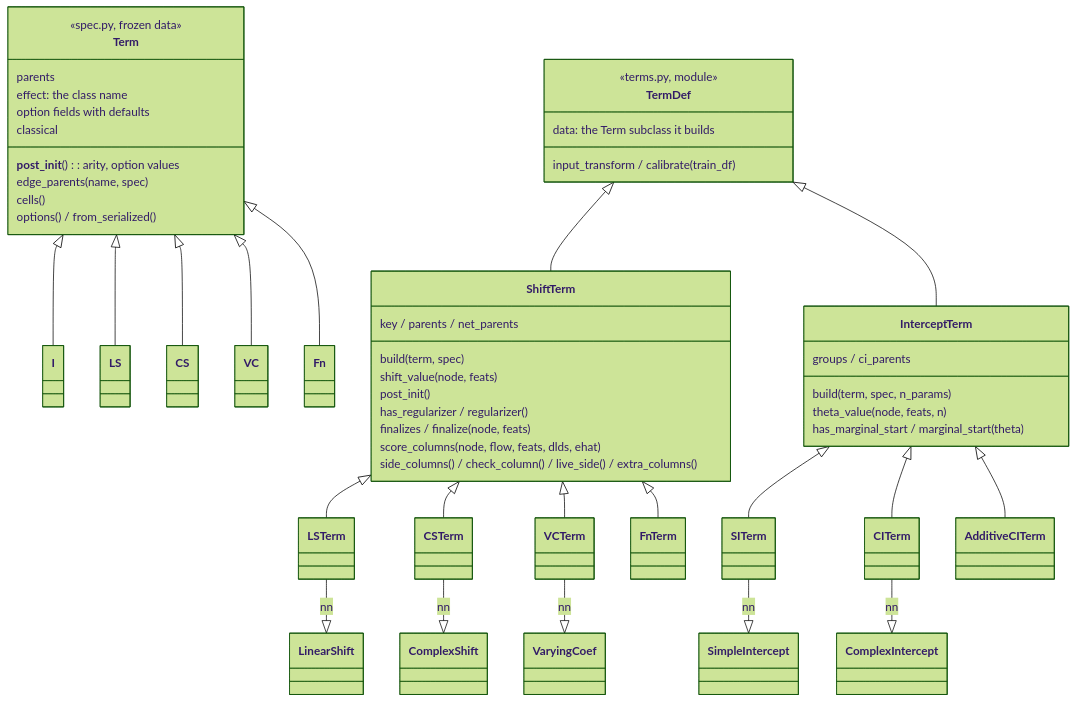
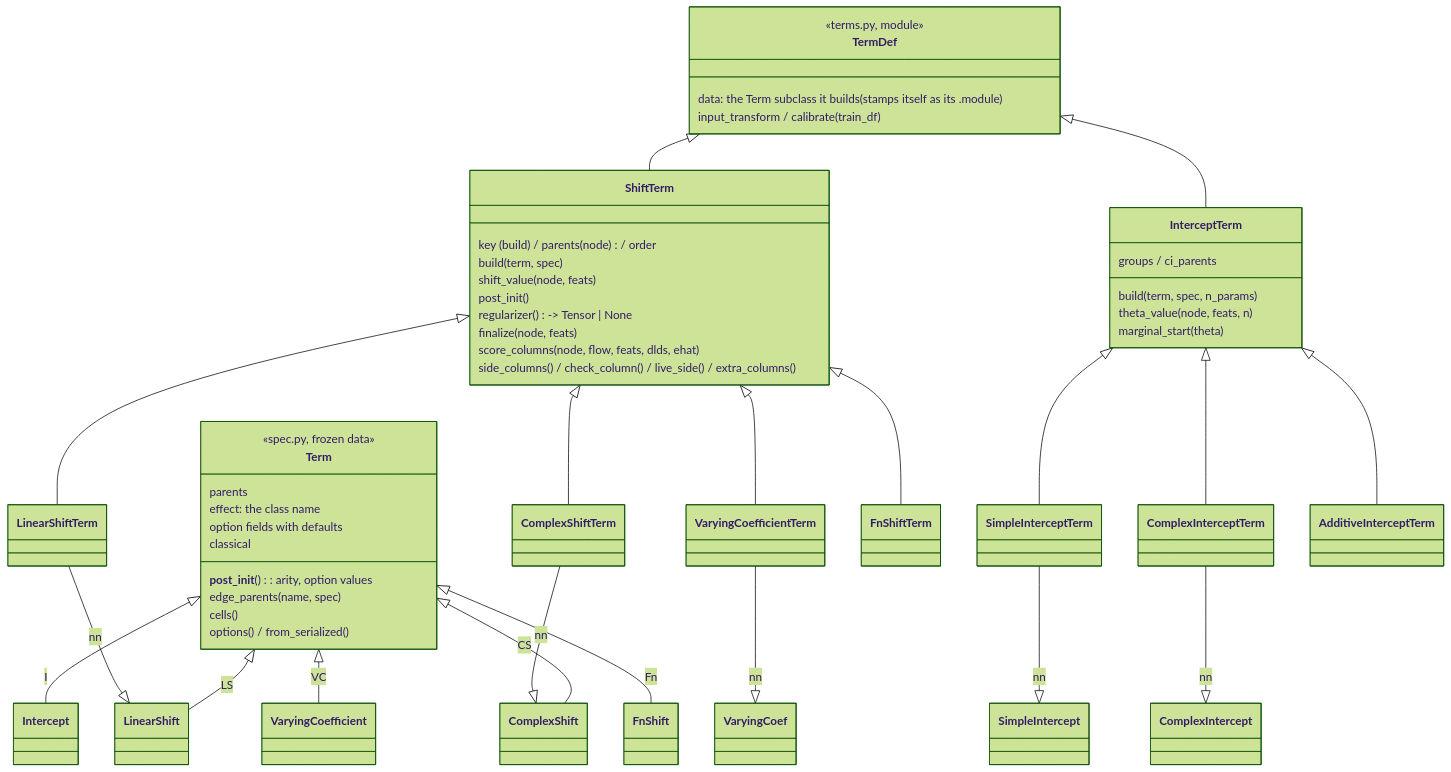
One commit to tensorchiefs/tramdag changed the second of 6 diagrams in docs/architecture.md. Above: the diagram before and after it, drawn with Mermaid (forest theme). The commit also changed other lines of this file and 14 other files, not shown here.

````diff
--- a/docs/architecture.md
+++ b/docs/architecture.md
@@ -50,54 +50,54 @@
 ```mermaid
 classDiagram
     class Term {
         <<spec.py, frozen data>>
         parents
         effect: the class name
         option fields with defaults
         __post_init__(): arity, option values
         edge_parents(name, spec)
         cells()
         classical
         options() / from_serialized()
     }
-    Term <|-- I
-    Term <|-- LS
-    Term <|-- CS
-    Term <|-- VC
-    Term <|-- Fn
+    Term <|-- Intercept : I
+    Term <|-- LinearShift : LS
+    Term <|-- ComplexShift : CS
+    Term <|-- VaryingCoefficient : VC
+    Term <|-- FnShift : Fn
     class TermDef {
         <<terms.py, module>>
-        data: the Term subclass it builds
+        data: the Term subclass it builds (stamps itself as its .module)
         input_transform / calibrate(train_df)
     }
     class ShiftTerm {
-        key / parents / net_parents
+        key (build) / parents (node) / order
         build(term, spec)
         shift_value(node, feats)
         post_init()
-        has_regularizer / regularizer()
-        finalizes / finalize(node, feats)
+        regularizer() -> Tensor | None
+        finalize(node, feats)
         score_columns(node, flow, feats, dlds, ehat)
         side_columns() / check_column() / live_side() / extra_columns()
     }
     class InterceptTerm {
         groups / ci_parents
         build(term, spec, n_params)
         theta_value(node, feats, n)
-        has_marginal_start / marginal_start(theta)
+        marginal_start(theta)
     }
     TermDef <|-- ShiftTerm
     TermDef <|-- InterceptTerm
-    ShiftTerm <|-- LSTerm
-    ShiftTerm <|-- CSTerm
-    ShiftTerm <|-- VCTerm
-    ShiftTerm <|-- FnTerm
-    InterceptTerm <|-- SITerm
-    InterceptTerm <|-- CITerm
-    InterceptTerm <|-- AdditiveCITerm
-    LSTerm --|> LinearShift : nn
-    CSTerm --|> ComplexShift : nn
-    VCTerm --|> VaryingCoef : nn
-    SITerm --|> SimpleIntercept : nn
-    CITerm --|> ComplexIntercept : nn
+    ShiftTerm <|-- LinearShiftTerm
+    ShiftTerm <|-- ComplexShiftTerm
+    ShiftTerm <|-- VaryingCoefficientTerm
+    ShiftTerm <|-- FnShiftTerm
+    InterceptTerm <|-- SimpleInterceptTerm
+    InterceptTerm <|-- ComplexInterceptTerm
+    InterceptTerm <|-- AdditiveInterceptTerm
+    LinearShiftTerm --|> LinearShift : nn
+    ComplexShiftTerm --|> ComplexShift : nn
+    VaryingCoefficientTerm --|> VaryingCoef : nn
+    SimpleInterceptTerm --|> SimpleIntercept : nn
+    ComplexInterceptTerm --|> ComplexIntercept : nn
 ```
````
